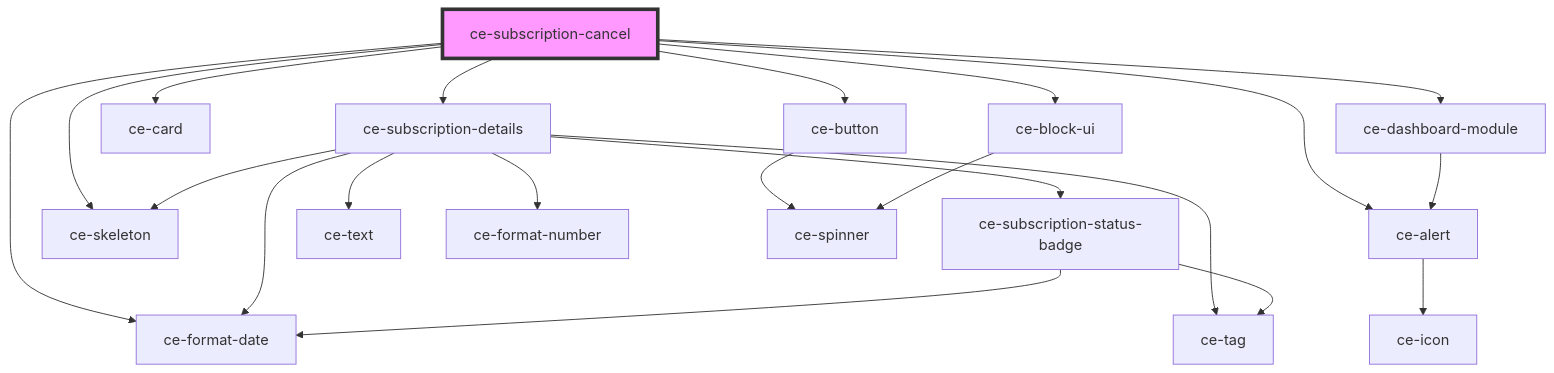
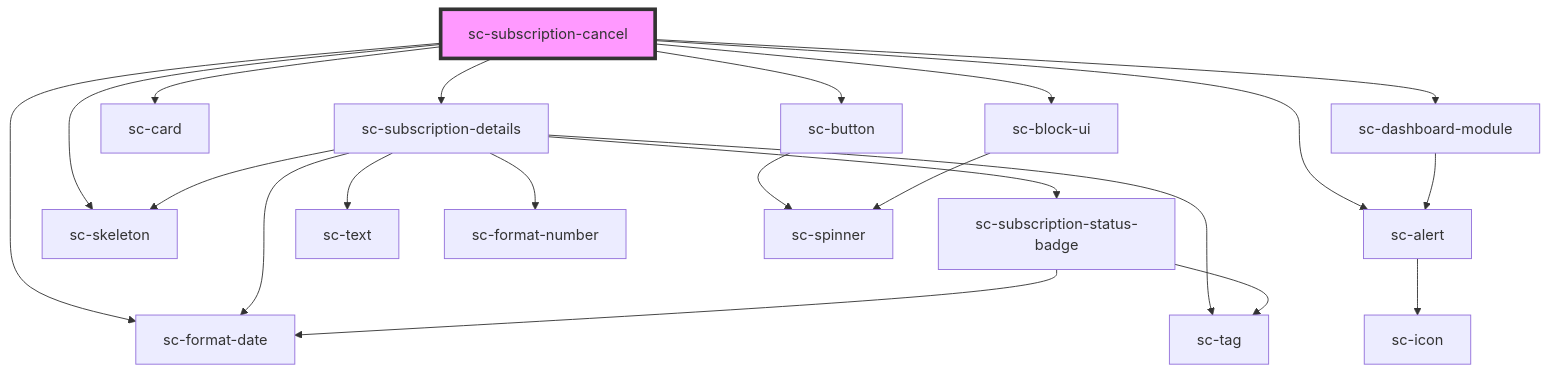
Before and after one commit to surecart/surecart-wp-plugin: the diagram in packages/components/src/components/controllers/dashboard/subscription-cancel/readme.md, drawn with Mermaid. The commit also changed other lines of this file and 1281 other files, not shown here.

````diff
--- a/packages/components/src/components/controllers/dashboard/subscription-cancel/readme.md
+++ b/packages/components/src/components/controllers/dashboard/subscription-cancel/readme.md
@@ -33,24 +33,24 @@
 ```mermaid
 graph TD;
-  ce-subscription-cancel --> ce-subscription-details
-  ce-subscription-cancel --> ce-alert
-  ce-subscription-cancel --> ce-format-date
-  ce-subscription-cancel --> ce-skeleton
-  ce-subscription-cancel --> ce-dashboard-module
-  ce-subscription-cancel --> ce-card
-  ce-subscription-cancel --> ce-button
-  ce-subscription-cancel --> ce-block-ui
-  ce-subscription-details --> ce-subscription-status-badge
-  ce-subscription-details --> ce-format-date
-  ce-subscription-details --> ce-skeleton
-  ce-subscription-details --> ce-text
-  ce-subscription-details --> ce-tag
-  ce-subscription-details --> ce-format-number
-  ce-subscription-status-badge --> ce-format-date
-  ce-subscription-status-badge --> ce-tag
-  ce-alert --> ce-icon
-  ce-dashboard-module --> ce-alert
-  ce-button --> ce-spinner
-  ce-block-ui --> ce-spinner
-  style ce-subscription-cancel fill:#f9f,stroke:#333,stroke-width:4px
+  sc-subscription-cancel --> sc-subscription-details
+  sc-subscription-cancel --> sc-alert
+  sc-subscription-cancel --> sc-format-date
+  sc-subscription-cancel --> sc-skeleton
+  sc-subscription-cancel --> sc-dashboard-module
+  sc-subscription-cancel --> sc-card
+  sc-subscription-cancel --> sc-button
+  sc-subscription-cancel --> sc-block-ui
+  sc-subscription-details --> sc-subscription-status-badge
+  sc-subscription-details --> sc-format-date
+  sc-subscription-details --> sc-skeleton
+  sc-subscription-details --> sc-text
+  sc-subscription-details --> sc-tag
+  sc-subscription-details --> sc-format-number
+  sc-subscription-status-badge --> sc-format-date
+  sc-subscription-status-badge --> sc-tag
+  sc-alert --> sc-icon
+  sc-dashboard-module --> sc-alert
+  sc-button --> sc-spinner
+  sc-block-ui --> sc-spinner
+  style sc-subscription-cancel fill:#f9f,stroke:#333,stroke-width:4px
 ```
````
